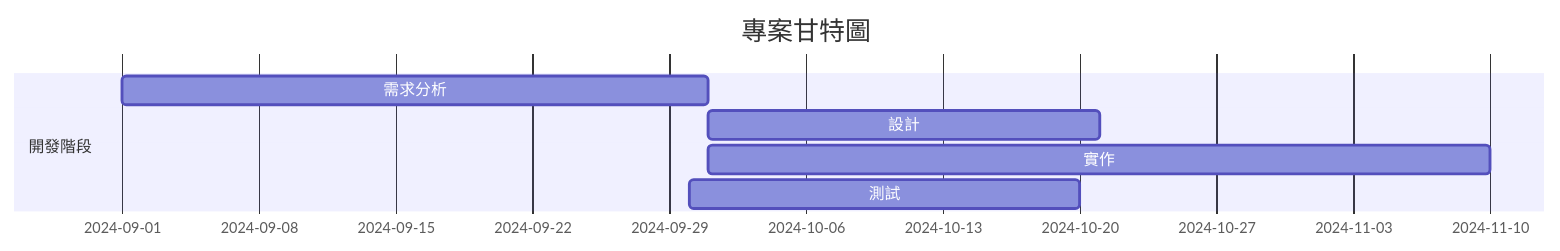
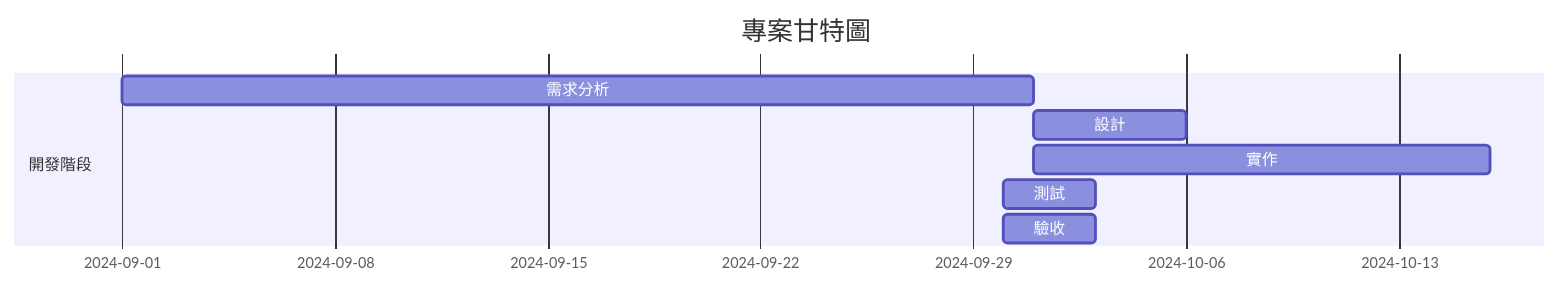
The first of 2 diagrams in README.md (gino2066/-), drawn with Mermaid before and after one commit.

````diff
--- a/README.md
+++ b/README.md
@@ -14,10 +14,11 @@
 ```mermaid
 gantt
     title 專案甘特圖
     dateFormat  YYYY-MM-DD
     section 開發階段
     需求分析      :a1, 2024-09-01, 30d
-    設計          :after a1  , 20d
-    實作          :after a1  , 40d
-    測試          :after a2  , 20d
+    設計          :after a1  , 5d
+    實作          :after a1  , 15d
+    測試          :after a2  , 3d
+    驗收          :after a2  , 3d 
 ```
````
